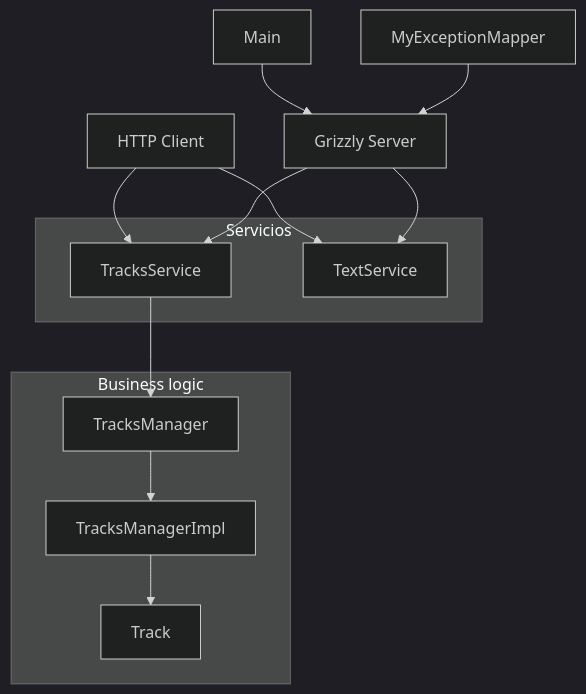
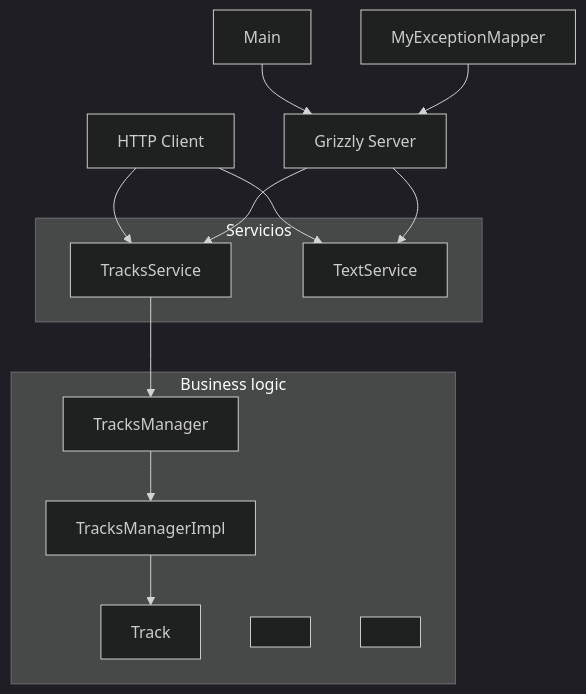
Before and after one commit to EETAC-ENTEL-DSA/rest-example: the second of 2 diagrams in README.md, drawn with Mermaid (dark theme).

Commit message:
Improvements to the diagram

````diff
--- a/README.md
+++ b/README.md
@@ -19,22 +19,24 @@
 ```mermaid
 graph TD
     subgraph Servicios
         B[TracksService]
         C[TextService]
     end
     subgraph Business logic
         B
         I[TracksManager]
         D[TracksManagerImpl]
         E[Track]
+        Dummy1[ ]
+        Dummy2[ ]
     end
     A[HTTP Client] --> B
     A --> C
     B --> I
     I --> D
     D --> E
     F[Main] --> G[Grizzly Server]
     G --> B
     G --> C
     H[MyExceptionMapper] --> G
 ```
````
